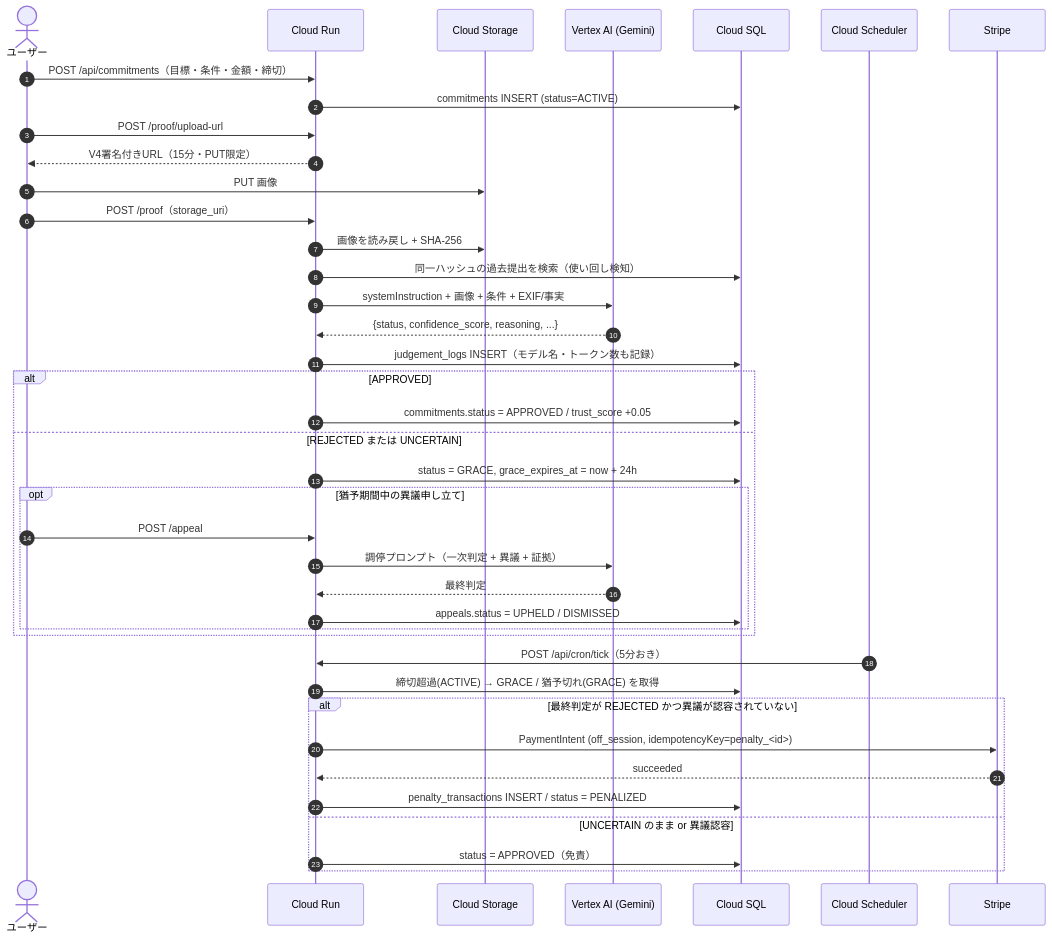
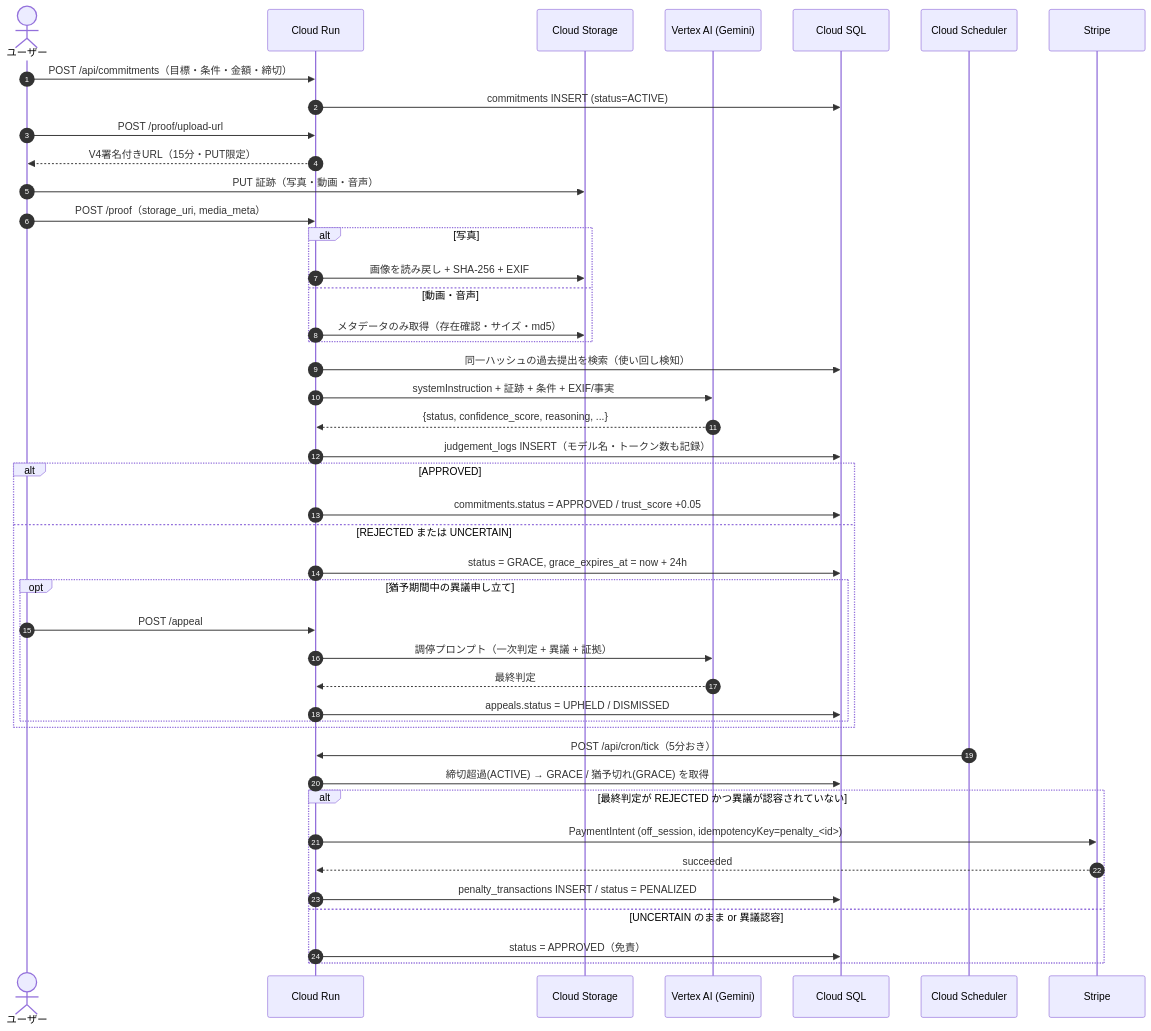
The second of 2 diagrams in docs/ARCHITECTURE.md (okita-noon/hackathon_AI_mokuyoukai_AGI_Lab), drawn with Mermaid before and after one commit. The commit also changed other lines of this file and 19 other files, not shown here.

````diff
--- a/docs/ARCHITECTURE.md
+++ b/docs/ARCHITECTURE.md
@@ -45,45 +45,49 @@
 ```mermaid
 sequenceDiagram
   autonumber
   actor U as ユーザー
   participant CR as Cloud Run
   participant GCS as Cloud Storage
   participant AI as Vertex AI (Gemini)
   participant DB as Cloud SQL
   participant SC as Cloud Scheduler
   participant ST as Stripe
 
   U->>CR: POST /api/commitments（目標・条件・金額・締切）
   CR->>DB: commitments INSERT (status=ACTIVE)
   U->>CR: POST /proof/upload-url
   CR-->>U: V4署名付きURL（15分・PUT限定）
-  U->>GCS: PUT 画像
-  U->>CR: POST /proof（storage_uri）
-  CR->>GCS: 画像を読み戻し + SHA-256
+  U->>GCS: PUT 証跡（写真・動画・音声）
+  U->>CR: POST /proof（storage_uri, media_meta）
+  alt 写真
+    CR->>GCS: 画像を読み戻し + SHA-256 + EXIF
+  else 動画・音声
+    CR->>GCS: メタデータのみ取得（存在確認・サイズ・md5）
+  end
   CR->>DB: 同一ハッシュの過去提出を検索（使い回し検知）
-  CR->>AI: systemInstruction + 画像 + 条件 + EXIF/事実
+  CR->>AI: systemInstruction + 証跡 + 条件 + EXIF/事実
   AI-->>CR: {status, confidence_score, reasoning, ...}
   CR->>DB: judgement_logs INSERT（モデル名・トークン数も記録）
 
   alt APPROVED
     CR->>DB: commitments.status = APPROVED / trust_score +0.05
   else REJECTED または UNCERTAIN
     CR->>DB: status = GRACE, grace_expires_at = now + 24h
     opt 猶予期間中の異議申し立て
       U->>CR: POST /appeal
       CR->>AI: 調停プロンプト（一次判定 + 異議 + 証拠）
       AI-->>CR: 最終判定
       CR->>DB: appeals.status = UPHELD / DISMISSED
     end
   end
 
   SC->>CR: POST /api/cron/tick（5分おき）
   CR->>DB: 締切超過(ACTIVE) → GRACE / 猶予切れ(GRACE) を取得
   alt 最終判定が REJECTED かつ異議が認容されていない
     CR->>ST: PaymentIntent (off_session, idempotencyKey=penalty_<id>)
     ST-->>CR: succeeded
     CR->>DB: penalty_transactions INSERT / status = PENALIZED
   else UNCERTAIN のまま or 異議認容
     CR->>DB: status = APPROVED（免責）
   end
 ```
````
